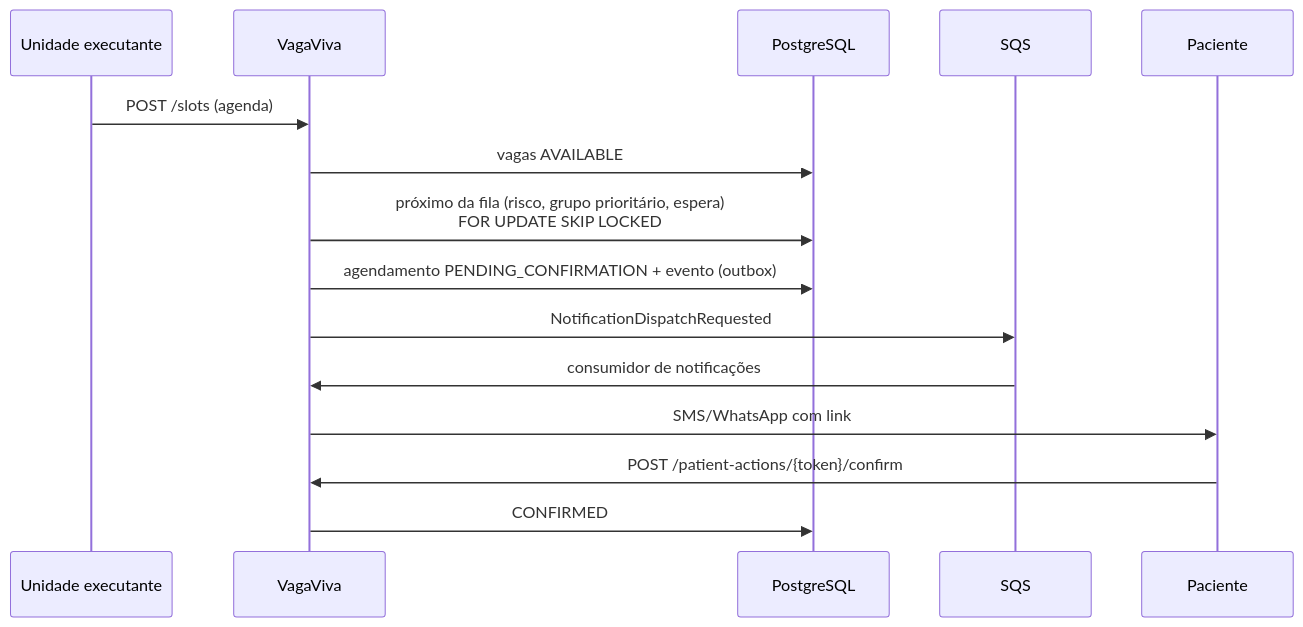
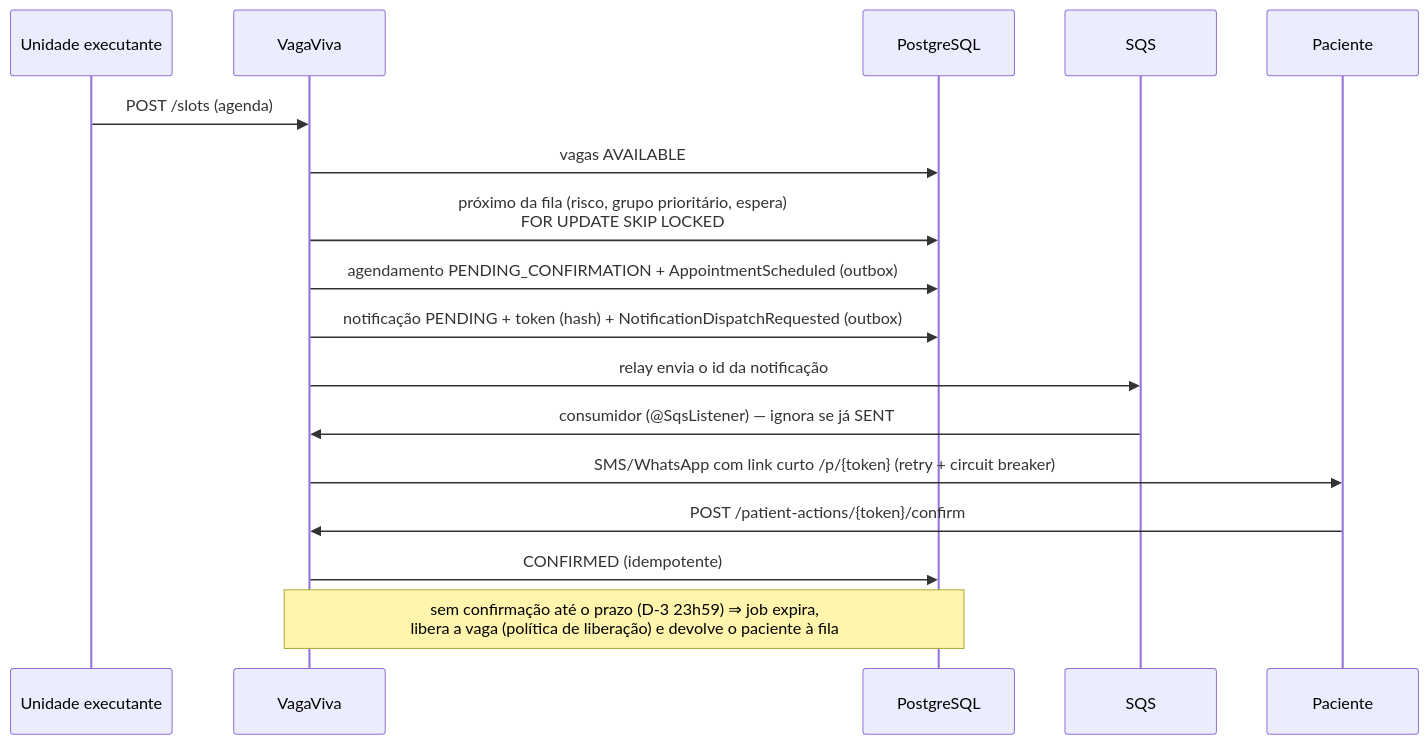
The third of 5 diagrams in docs/architecture.md (LeviLunique/vagaviva-sus), drawn with Mermaid before and after one commit. The commit also changed other lines of this file and 5 other files, not shown here.

Commit message:
docs: documenta a confirmação ativa e o pipeline de notificações

````diff
--- a/docs/architecture.md
+++ b/docs/architecture.md
@@ -86,17 +86,19 @@
 ```mermaid
 sequenceDiagram
   participant EXE as Unidade executante
   participant API as VagaViva
   participant DB as PostgreSQL
   participant Q as SQS
   participant P as Paciente
   EXE->>API: POST /slots (agenda)
   API->>DB: vagas AVAILABLE
   API->>DB: próximo da fila (risco, grupo prioritário, espera)<br/>FOR UPDATE SKIP LOCKED
-  API->>DB: agendamento PENDING_CONFIRMATION + evento (outbox)
-  API->>Q: NotificationDispatchRequested
-  Q->>API: consumidor de notificações
-  API->>P: SMS/WhatsApp com link
+  API->>DB: agendamento PENDING_CONFIRMATION + AppointmentScheduled (outbox)
+  API->>DB: notificação PENDING + token (hash) + NotificationDispatchRequested (outbox)
+  API->>Q: relay envia o id da notificação
+  Q->>API: consumidor (@SqsListener) — ignora se já SENT
+  API->>P: SMS/WhatsApp com link curto /p/{token} (retry + circuit breaker)
   P->>API: POST /patient-actions/{token}/confirm
-  API->>DB: CONFIRMED
+  API->>DB: CONFIRMED (idempotente)
+  Note over API,DB: sem confirmação até o prazo (D-3 23h59) ⇒ job expira,<br/>libera a vaga (política de liberação) e devolve o paciente à fila
 ```
````
